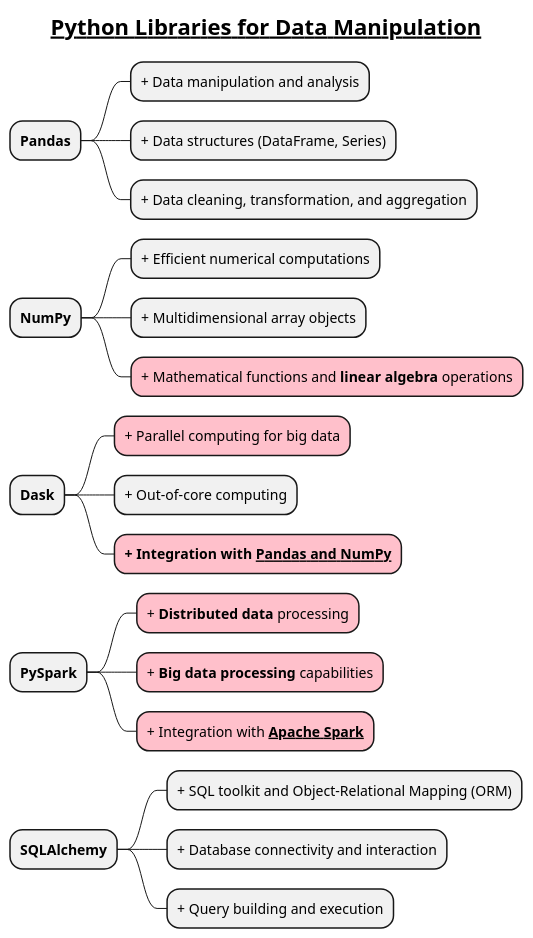
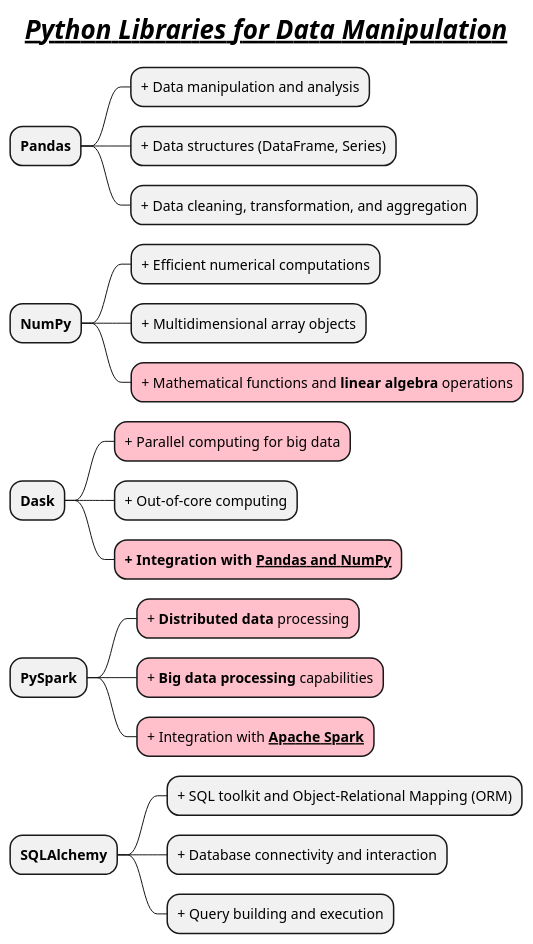
The diagram in docs/AI-ML- DL-Data-Science-and-BigData/data-science-with-python/1-data-manipulation-libraries/0-Python-Libraries-for-Data-Manipulation.puml (MehmoodHashmi/Documentation-as-Code-DaC), drawn with PlantUML before and after one commit. The commit also changed 1 other file, not shown here.

```diff
--- a/docs/AI-ML- DL-Data-Science-and-BigData/data-science-with-python/1-data-manipulation-libraries/0-Python-Libraries-for-Data-Manipulation.puml
+++ b/docs/AI-ML- DL-Data-Science-and-BigData/data-science-with-python/1-data-manipulation-libraries/0-Python-Libraries-for-Data-Manipulation.puml
@@ -1,30 +1,30 @@
 @startmindmap
 
-title =__ Python Libraries for Data Manipulation __
+title =//__ Python Libraries for Data Manipulation __//
 
 * **Pandas**
 ** + Data manipulation and analysis
 ** + Data structures (DataFrame, Series)
 ** + Data cleaning, transformation, and aggregation
 
 * **NumPy**
 ** + Efficient numerical computations
 ** + Multidimensional array objects
 **[#pink] + Mathematical functions and **linear algebra** operations
 
 * **Dask**
 **[#pink] + Parallel computing for big data
 ** + Out-of-core computing
 **[#pink] **+ Integration with __Pandas and NumPy__**
 
 * **PySpark**
 **[#pink] + **Distributed data** processing
 **[#pink] + **Big data processing** capabilities
 **[#pink] + Integration with **__Apache Spark__**
 
 * **SQLAlchemy**
 ** + SQL toolkit and Object-Relational Mapping (ORM)
 ** + Database connectivity and interaction
 ** + Query building and execution
 
 @endmindmap
```
